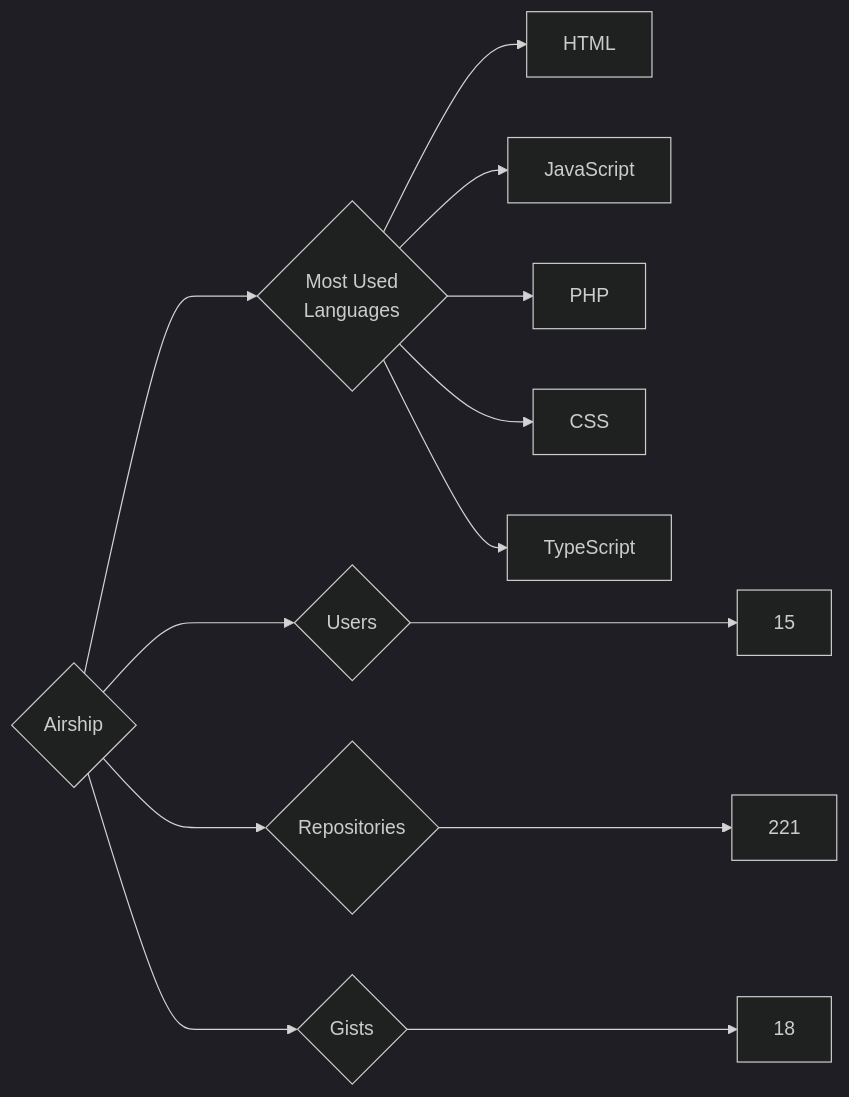
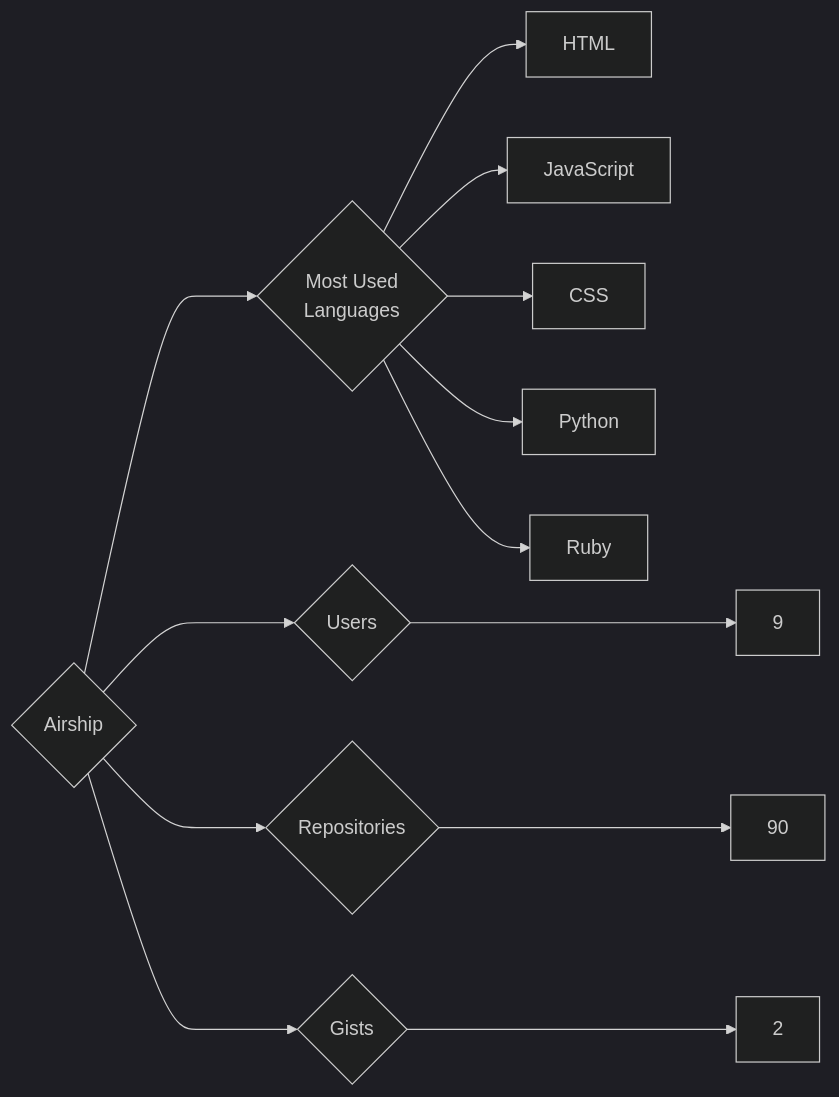
Before and after one commit to trickest/insiders: the diagram in targets/Airship/README.md, drawn with Mermaid (dark theme). The commit also changed 845 other files, not shown here.

````diff
--- a/targets/Airship/README.md
+++ b/targets/Airship/README.md
@@ -3,13 +3,13 @@
 ```mermaid
 graph LR
 COMPANY_NAME{Airship}
-COMPANY_NAME ---> U{Users} ---> UN[15]
-COMPANY_NAME ---> R{Repositories} ---> RN[221]
-COMPANY_NAME ---> G{Gists} ---> GN[18]
+COMPANY_NAME ---> U{Users} ---> UN[9]
+COMPANY_NAME ---> R{Repositories} ---> RN[90]
+COMPANY_NAME ---> G{Gists} ---> GN[2]
 COMPANY_NAME ---> ML{Most Used<br>Languages}
 ML --> HTML[HTML]
 ML --> JavaScript[JavaScript]
-ML --> PHP[PHP]
 ML --> CSS[CSS]
-ML --> TypeScript[TypeScript]
+ML --> Python[Python]
+ML --> Ruby[Ruby]
 ```
````
